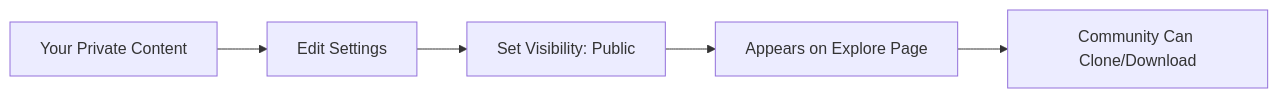
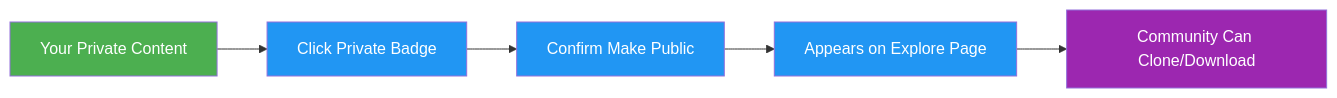
The third of 3 diagrams in Backend/ObjectDetection/ultralytics/docs/en/platform/explore.md (TEXTaiLES/AmalthAI), drawn with Mermaid before and after one commit. The commit also changed other lines of this file and 943 other files, not shown here.

````diff
--- a/Backend/ObjectDetection/ultralytics/docs/en/platform/explore.md
+++ b/Backend/ObjectDetection/ultralytics/docs/en/platform/explore.md
@@ -240,7 +234,11 @@
 ```mermaid
 graph LR
-    A[Your Private Content] --> B[Edit Settings]
-    B --> C[Set Visibility: Public]
-    C --> D[Appears on Explore Page]
-    D --> E[Community Can Clone/Download]
+    A[Your Private Content]:::start --> B[Click Private Badge]:::proc
+    B --> C[Confirm Make Public]:::proc
+    C --> D[Appears on Explore Page]:::proc
+    D --> E[Community Can Clone/Download]:::out
+
+    classDef start fill:#4CAF50,color:#fff
+    classDef proc fill:#2196F3,color:#fff
+    classDef out fill:#9C27B0,color:#fff
 ```
````
